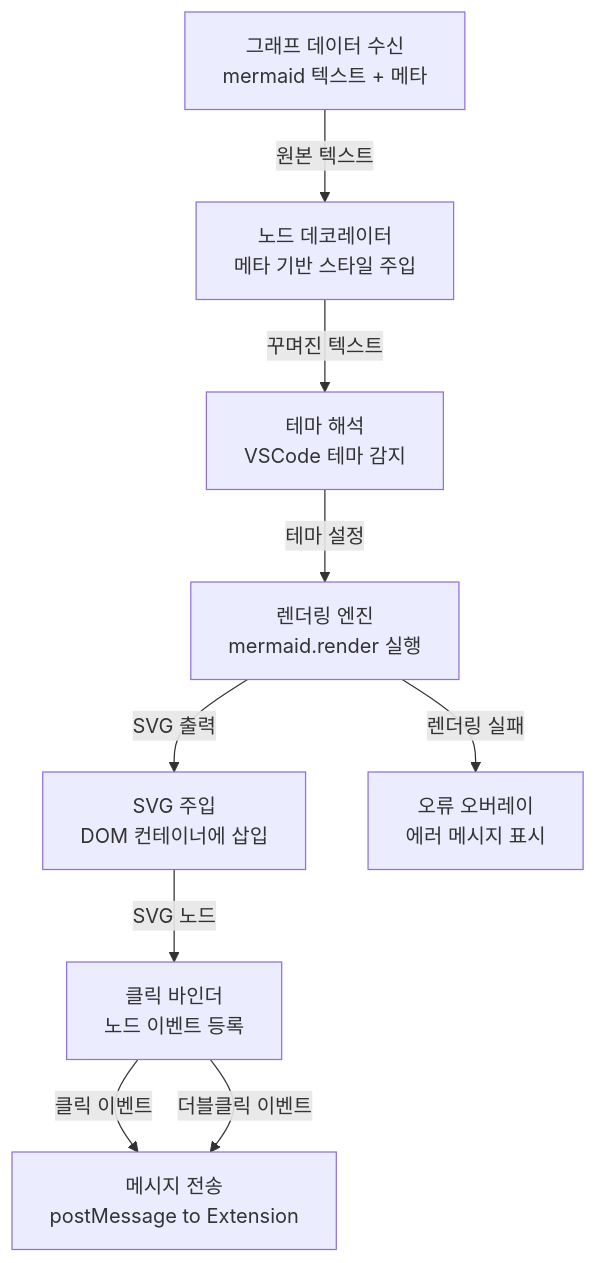
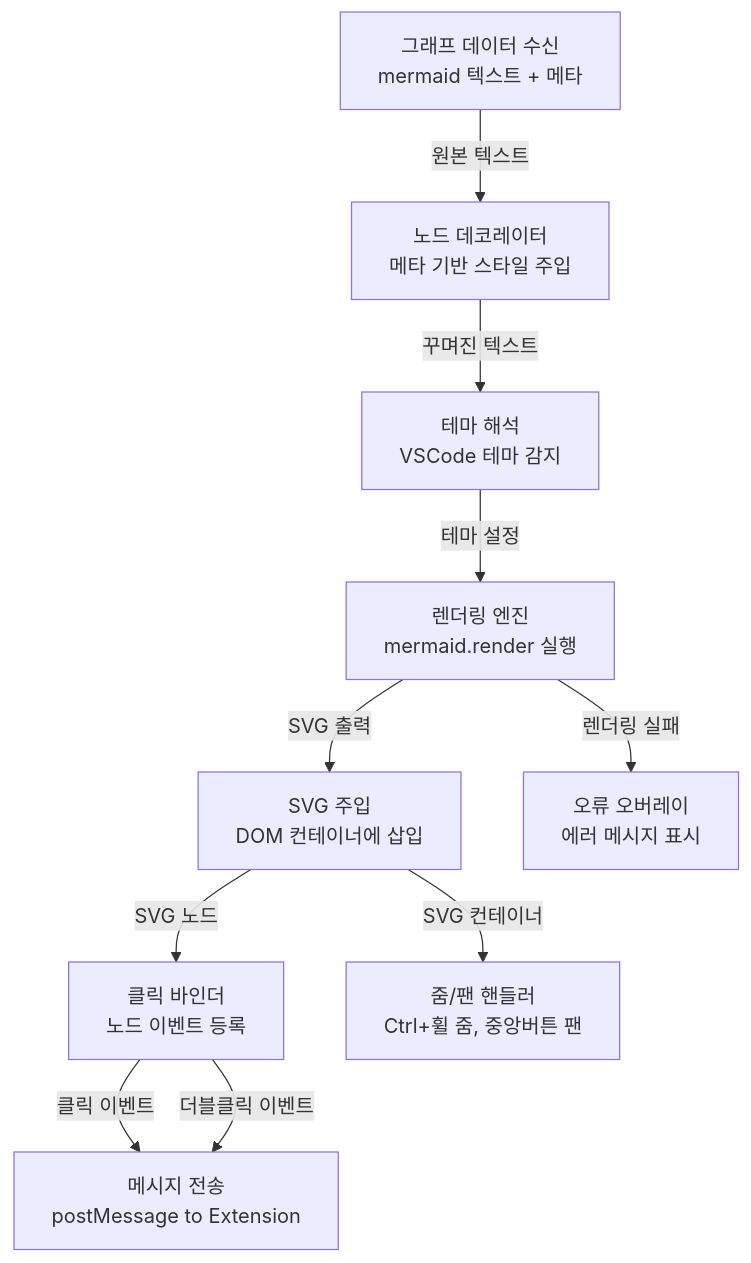
Before and after one commit to devman-kr/vscode-gdd-framework-preview: the diagram in graph/viewer/L2-mermaid-renderer.mermaid, drawn with Mermaid. The commit also changed 23 other files, not shown here.

First line of the commit message:
Add zoom/pan and mouse back button navigation to Viewer

```diff
--- a/graph/viewer/L2-mermaid-renderer.mermaid
+++ b/graph/viewer/L2-mermaid-renderer.mermaid
@@ -1,9 +1,10 @@
 graph TD
     GraphDataReceiver[그래프 데이터 수신<br/>mermaid 텍스트 + 메타] -->|원본 텍스트| NodeDecorator[노드 데코레이터<br/>메타 기반 스타일 주입]
     NodeDecorator -->|꾸며진 텍스트| ThemeResolver[테마 해석<br/>VSCode 테마 감지]
     ThemeResolver -->|테마 설정| RenderEngine[렌더링 엔진<br/>mermaid.render 실행]
     RenderEngine -->|SVG 출력| SvgInjector[SVG 주입<br/>DOM 컨테이너에 삽입]
     SvgInjector -->|SVG 노드| ClickBinder[클릭 바인더<br/>노드 이벤트 등록]
+    SvgInjector -->|SVG 컨테이너| ZoomPanHandler[줌/팬 핸들러<br/>Ctrl+휠 줌, 중앙버튼 팬]
     ClickBinder -->|클릭 이벤트| MessageSender[메시지 전송<br/>postMessage to Extension]
     ClickBinder -->|더블클릭 이벤트| MessageSender
     RenderEngine -->|렌더링 실패| ErrorOverlay[오류 오버레이<br/>에러 메시지 표시]
```
